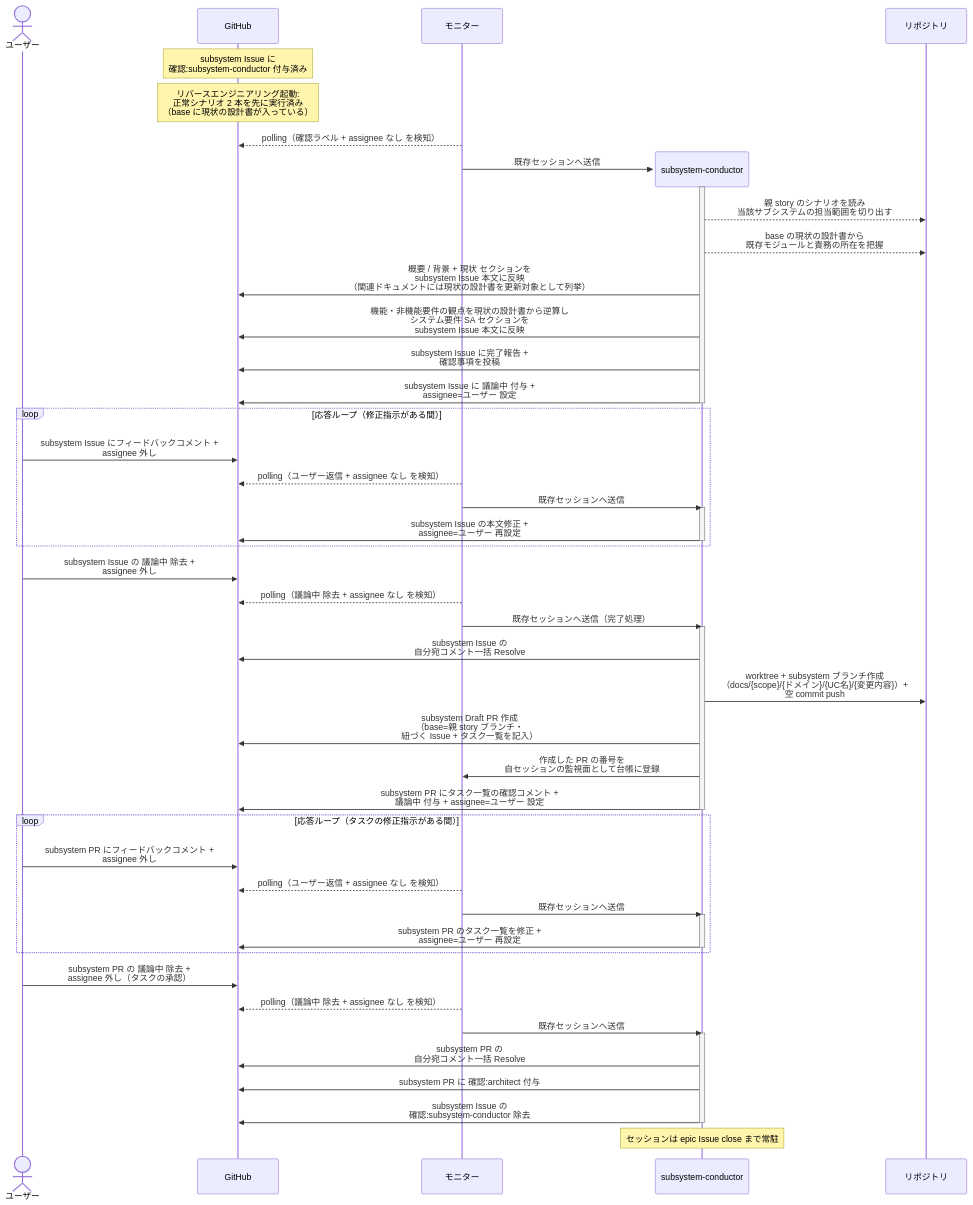
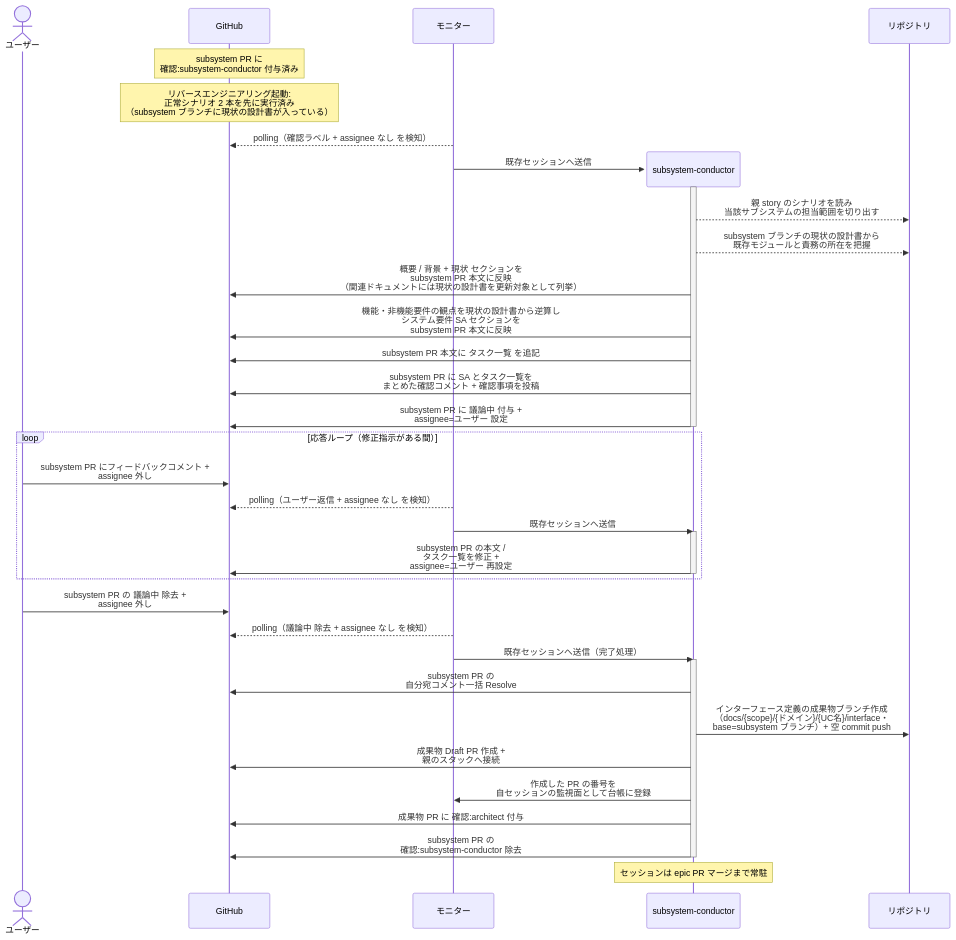
The third of 3 diagrams in docs/wiki/設計図/シナリオ/単一ユースケース/subsystem要件確定.md (shuhei1101/ai-monitor), drawn with Mermaid before and after one commit. The commit also changed other lines of this file and 256 other files, not shown here.

````diff
--- a/docs/wiki/設計図/シナリオ/単一ユースケース/subsystem要件確定.md
+++ b/docs/wiki/設計図/シナリオ/単一ユースケース/subsystem要件確定.md
@@ -108,60 +134,44 @@
 ```mermaid
 sequenceDiagram
   actor U as ユーザー
   participant GH as GitHub
   participant ORC as モニター
 
-  Note over GH: subsystem Issue に<br>確認:subsystem-conductor 付与済み
-  Note over GH: リバースエンジニアリング起動:<br>正常シナリオ 2 本を先に実行済み<br>（base に現状の設計書が入っている）
+  Note over GH: subsystem PR に<br>確認:subsystem-conductor 付与済み
+  Note over GH: リバースエンジニアリング起動:<br>正常シナリオ 2 本を先に実行済み<br>（subsystem ブランチに現状の設計書が入っている）
   ORC-->>GH: polling（確認ラベル + assignee なし を検知）
   create participant MON as subsystem-conductor
   ORC->>MON: 既存セッションへ送信
   participant REPO as リポジトリ
   activate MON
   MON-->>REPO: 親 story のシナリオを読み<br>当該サブシステムの担当範囲を切り出す
-  MON-->>REPO: base の現状の設計書から<br>既存モジュールと責務の所在を把握
-  MON->>GH: 概要 / 背景 + 現状 セクションを<br>subsystem Issue 本文に反映<br>（関連ドキュメントには現状の設計書を更新対象として列挙）
-  MON->>GH: 機能・非機能要件の観点を現状の設計書から逆算し<br>システム要件 SA セクションを<br>subsystem Issue 本文に反映
-  MON->>GH: subsystem Issue に完了報告 +<br>確認事項を投稿
-  MON->>GH: subsystem Issue に 議論中 付与 +<br>assignee=ユーザー 設定
+  MON-->>REPO: subsystem ブランチの現状の設計書から<br>既存モジュールと責務の所在を把握
+  MON->>GH: 概要 / 背景 + 現状 セクションを<br>subsystem PR 本文に反映<br>（関連ドキュメントには現状の設計書を更新対象として列挙）
+  MON->>GH: 機能・非機能要件の観点を現状の設計書から逆算し<br>システム要件 SA セクションを<br>subsystem PR 本文に反映
+  MON->>GH: subsystem PR 本文に タスク一覧 を追記
+  MON->>GH: subsystem PR に SA とタスク一覧を<br>まとめた確認コメント + 確認事項を投稿
+  MON->>GH: subsystem PR に 議論中 付与 +<br>assignee=ユーザー 設定
   deactivate MON
 
   loop 応答ループ（修正指示がある間）
-    U->>GH: subsystem Issue にフィードバックコメント +<br>assignee 外し
-    ORC-->>GH: polling（ユーザー返信 + assignee なし を検知）
-    ORC->>MON: 既存セッションへ送信
-    activate MON
-    MON->>GH: subsystem Issue の本文修正 +<br>assignee=ユーザー 再設定
-    deactivate MON
-  end
-
-  U->>GH: subsystem Issue の 議論中 除去 +<br>assignee 外し
-  ORC-->>GH: polling（議論中 除去 + assignee なし を検知）
-  ORC->>MON: 既存セッションへ送信（完了処理）
-  activate MON
-  MON->>GH: subsystem Issue の<br>自分宛コメント一括 Resolve
-  MON->>REPO: worktree + subsystem ブランチ作成<br>（docs/{scope}/{ドメイン}/{UC名}/{変更内容}）+<br>空 commit push
-  MON->>GH: subsystem Draft PR 作成<br>（base=親 story ブランチ・<br>紐づく Issue + タスク一覧を記入）
-  MON->>ORC: 作成した PR の番号を<br>自セッションの監視面として台帳に登録
-  MON->>GH: subsystem PR にタスク一覧の確認コメント +<br>議論中 付与 + assignee=ユーザー 設定
-  deactivate MON
-
-  loop 応答ループ（タスクの修正指示がある間）
     U->>GH: subsystem PR にフィードバックコメント +<br>assignee 外し
     ORC-->>GH: polling（ユーザー返信 + assignee なし を検知）
     ORC->>MON: 既存セッションへ送信
     activate MON
-    MON->>GH: subsystem PR のタスク一覧を修正 +<br>assignee=ユーザー 再設定
+    MON->>GH: subsystem PR の本文 /<br>タスク一覧を修正 +<br>assignee=ユーザー 再設定
     deactivate MON
   end
 
-  U->>GH: subsystem PR の 議論中 除去 +<br>assignee 外し（タスクの承認）
+  U->>GH: subsystem PR の 議論中 除去 +<br>assignee 外し
   ORC-->>GH: polling（議論中 除去 + assignee なし を検知）
-  ORC->>MON: 既存セッションへ送信
+  ORC->>MON: 既存セッションへ送信（完了処理）
   activate MON
   MON->>GH: subsystem PR の<br>自分宛コメント一括 Resolve
-  MON->>GH: subsystem PR に 確認:architect 付与
-  MON->>GH: subsystem Issue の<br>確認:subsystem-conductor 除去
+  MON->>REPO: インターフェース定義の成果物ブランチ作成<br>（docs/{scope}/{ドメイン}/{UC名}/interface・<br>base=subsystem ブランチ）+ 空 commit push
+  MON->>GH: 成果物 Draft PR 作成 +<br>親のスタックへ接続
+  MON->>ORC: 作成した PR の番号を<br>自セッションの監視面として台帳に登録
+  MON->>GH: 成果物 PR に 確認:architect 付与
+  MON->>GH: subsystem PR の<br>確認:subsystem-conductor 除去
   deactivate MON
-  Note over MON: セッションは epic Issue close まで常駐
+  Note over MON: セッションは epic PR マージまで常駐
 ```
````
